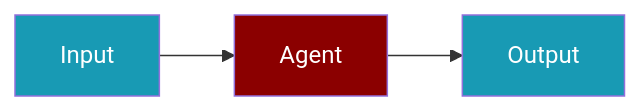
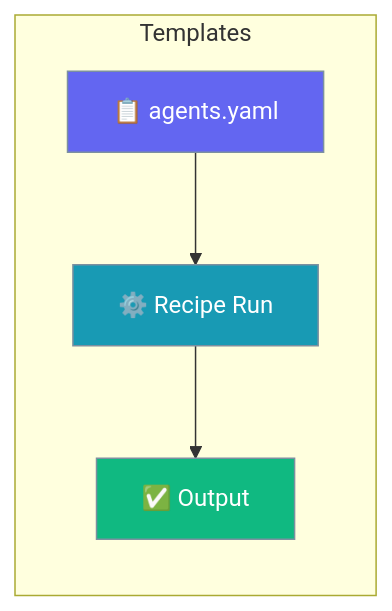
One commit to MervinPraison/PraisonAIDocs changed the first of 2 diagrams in docs/guides/templates/index.mdx. Above: the diagram before and after it, drawn with Mermaid. The commit also changed other lines of this file and 6 other files, not shown here.

Commit message:
docs: AGENTS.md compliance for templates guide pages (#1722)

````diff
--- a/docs/guides/templates/index.mdx
+++ b/docs/guides/templates/index.mdx
@@ -19,11 +19,15 @@
 ```mermaid
 graph LR
-    U[Input] --> A[Agent]
-    A --> O[Output]
+    subgraph "Templates"
+        U[📋 agents.yaml] --> A[⚙️ Recipe Run]
+        A --> O[✅ Output]
+    end
 
-    classDef agent fill:#8B0000,color:#fff
-    classDef tool fill:#189AB4,color:#fff
+    classDef input fill:#6366F1,stroke:#7C90A0,color:#fff
+    classDef process fill:#189AB4,stroke:#7C90A0,color:#fff
+    classDef output fill:#10B981,stroke:#7C90A0,color:#fff
 
-    class A agent
-    class U,O tool
+    class U input
+    class A process
+    class O output
 ```
````
